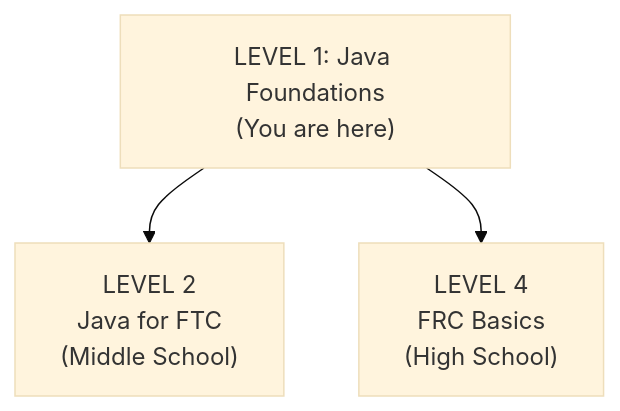
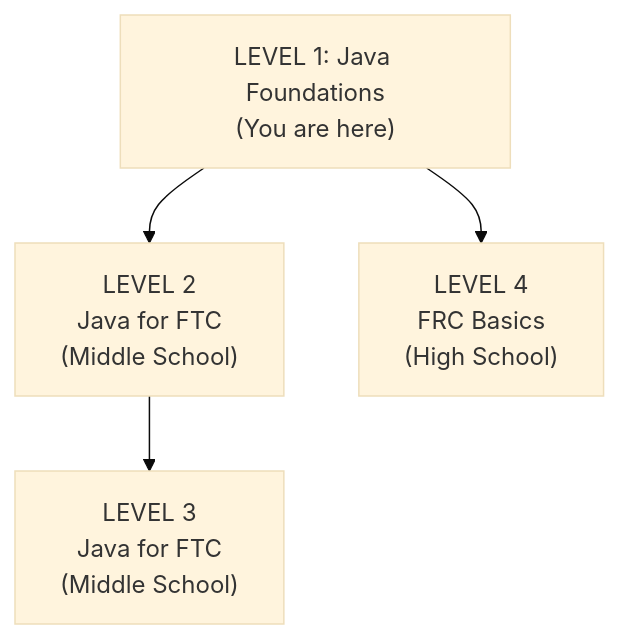
One commit to CyberCoyotes/Programmers-Handbook changed the diagram in docs/source/guide-to-java-level-1.md. Above: the diagram before and after it, drawn with Mermaid (base theme). The commit also changed other lines of this file and 1 other file, not shown here.

Commit message:
Refactor Java guide flowchart and update mkdocs.yml for mermaid formatting

````diff
--- a/docs/source/guide-to-java-level-1.md
+++ b/docs/source/guide-to-java-level-1.md
@@ -18,11 +11,13 @@
 ```mermaid
 flowchart TD
 
     A["LEVEL 1: Java Foundations<br/>(You are here)"]
 
     B["LEVEL 2<br/>Java for FTC<br/>(Middle School)"]
-    C["LEVEL 4<br/>FRC Basics<br/>(High School)"]
+    C["LEVEL 3<br/>Java for FTC<br/>(Middle School)"]
+    D["LEVEL 4<br/>FRC Basics<br/>(High School)"]
 
     A --> B
-    A --> C
+    B --> C
+    A --> D
 ```
````
